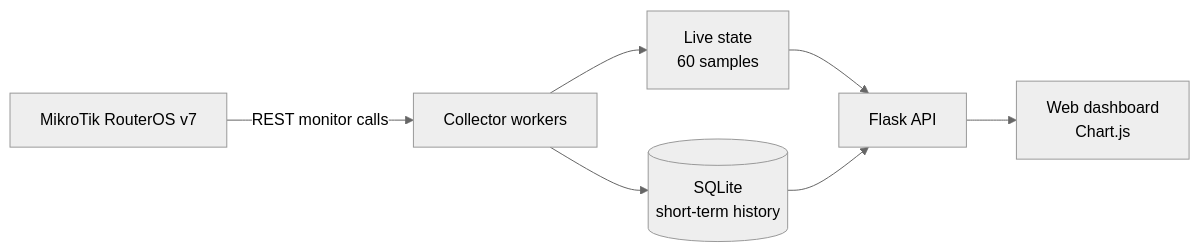
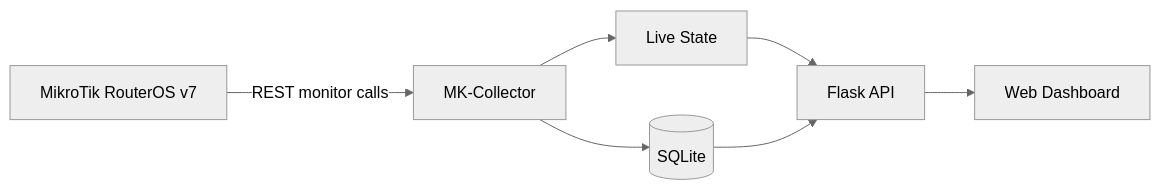
One commit to Y4el-Waka/MK-Collector changed the first of 2 diagrams in README.md. Above: the diagram before and after it, drawn with Mermaid (neutral theme). The commit also changed other lines of this file, not shown here.

````diff
--- a/README.md
+++ b/README.md
@@ -74,9 +89,16 @@
 ```mermaid
 flowchart LR
-    ROS[MikroTik RouterOS v7] -->|REST monitor calls| WORKERS[Collector workers]
-    WORKERS --> LIVE[Live state<br/>60 samples]
-    WORKERS --> DB[(SQLite<br/>short-term history)]
-    LIVE --> API[Flask API]
+    ROS[MikroTik RouterOS v7]
+    COL[MK-Collector]
+    LIVE[Live State]
+    DB[(SQLite)]
+    API[Flask API]
+    UI[Web Dashboard]
+
+    ROS -->|REST monitor calls| COL
+    COL --> LIVE
+    COL --> DB
+    LIVE --> API
     DB --> API
-    API --> UI[Web dashboard<br/>Chart.js]
+    API --> UI
 ```
````
